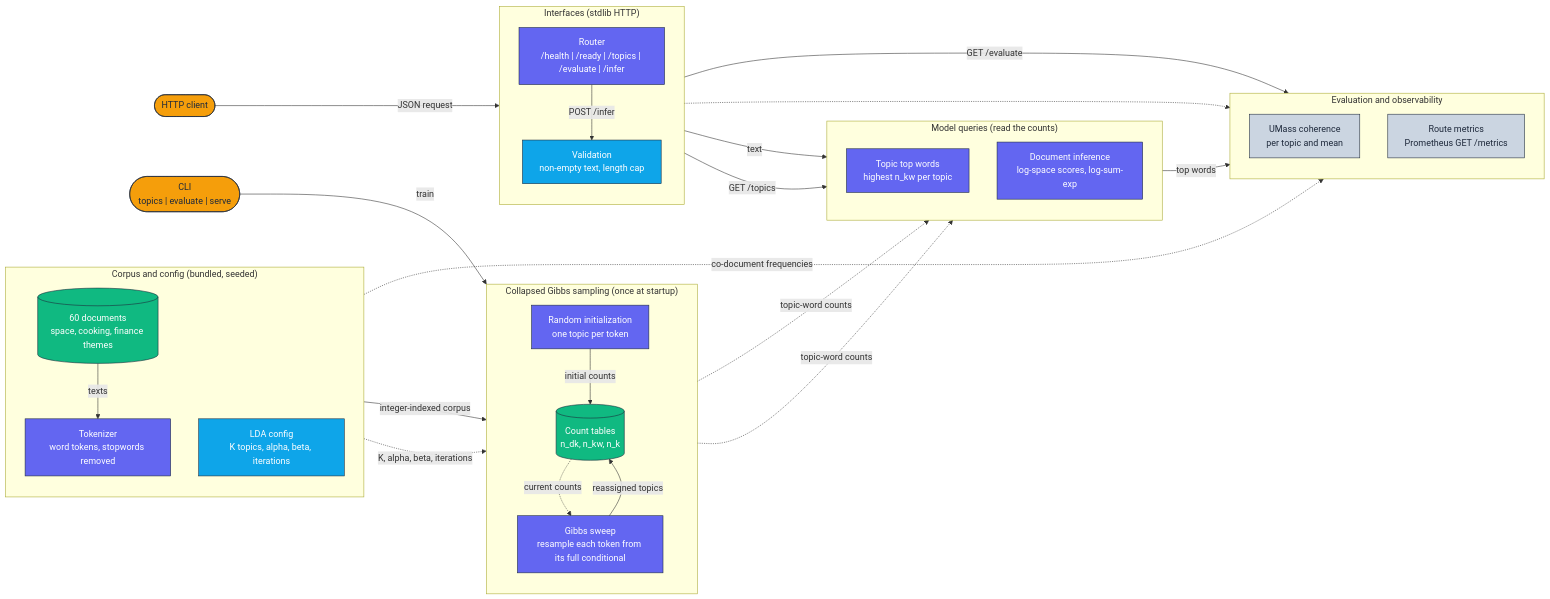
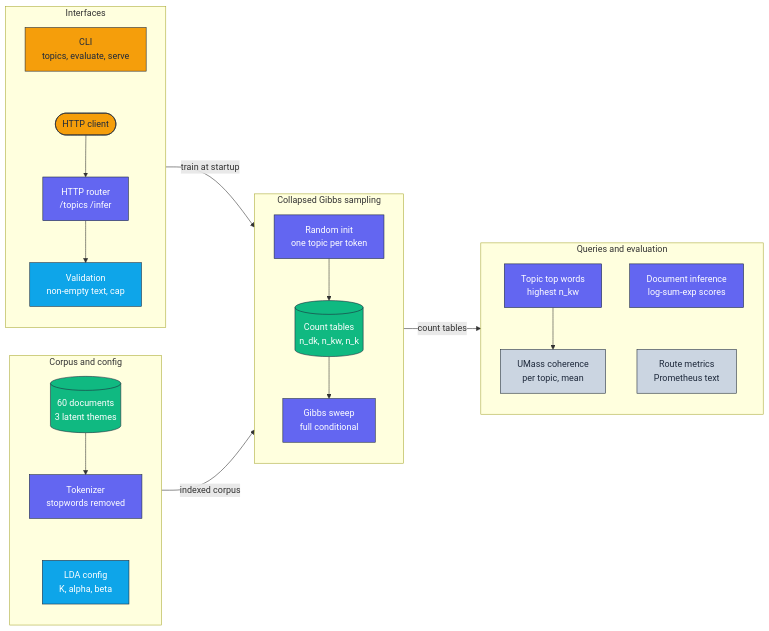
One commit to adeoluo/topic-model-lda changed the diagram in docs/architecture/architecture.mmd. Above: the diagram before and after it, drawn with Mermaid. The commit also changed 1 other file, not shown here.

Commit message:
docs: compact horizontal architecture diagram

```diff
--- a/docs/architecture/architecture.mmd
+++ b/docs/architecture/architecture.mmd
@@ -1,59 +1,45 @@
 flowchart LR
     classDef edge     fill:#F59E0B,stroke:#1E293B,color:#1E293B,stroke-width:1px;
     classDef core     fill:#6366F1,stroke:#1E293B,color:#ffffff,stroke-width:1px;
     classDef data     fill:#10B981,stroke:#1E293B,color:#ffffff,stroke-width:1px;
     classDef control  fill:#0EA5E9,stroke:#1E293B,color:#ffffff,stroke-width:1px;
     classDef obs      fill:#CBD5E1,stroke:#1E293B,color:#1E293B,stroke-width:1px;
 
-    CLI(["CLI<br/>topics | evaluate | serve"]):::edge
-    Client(["HTTP client"]):::edge
-
-    subgraph Data["Corpus and config (bundled, seeded)"]
+    subgraph Interfaces["Interfaces"]
         direction TB
-        Docs[("60 documents<br/>space, cooking, finance themes")]:::data
-        Tokenize["Tokenizer<br/>word tokens, stopwords removed"]:::core
-        Config["LDA config<br/>K topics, alpha, beta, iterations"]:::control
+        CLI["CLI<br/>topics, evaluate, serve"]:::edge
+        Client(["HTTP client"]):::edge
+        Router["HTTP router<br/>/topics /infer"]:::core
+        Validate["Validation<br/>non-empty text, cap"]:::control
+        CLI ~~~ Client --> Router --> Validate
     end
 
-    subgraph Train["Collapsed Gibbs sampling (once at startup)"]
+    subgraph Data["Corpus and config"]
         direction TB
-        Init["Random initialization<br/>one topic per token"]:::core
-        Counts[("Count tables<br/>n_dk, n_kw, n_k")]:::data
-        Gibbs["Gibbs sweep<br/>resample each token from its full conditional"]:::core
+        Docs[("60 documents<br/>3 latent themes")]:::data
+        Tokenize["Tokenizer<br/>stopwords removed"]:::core
+        Config["LDA config<br/>K, alpha, beta"]:::control
+        Docs --> Tokenize ~~~ Config
     end
 
-    subgraph Edge["Interfaces (stdlib HTTP)"]
+    subgraph Train["Collapsed Gibbs sampling"]
         direction TB
-        Router["Router<br/>/health | /ready | /topics | /evaluate | /infer"]:::core
-        Validate["Validation<br/>non-empty text, length cap"]:::control
+        Init["Random init<br/>one topic per token"]:::core
+        Counts[("Count tables<br/>n_dk, n_kw, n_k")]:::data
+        Gibbs["Gibbs sweep<br/>full conditional"]:::core
+        Init --> Counts --> Gibbs
     end
 
-    subgraph Query["Model queries (read the counts)"]
+    subgraph Obs["Queries and evaluation"]
         direction TB
-        Topics["Topic top words<br/>highest n_kw per topic"]:::core
-        Infer["Document inference<br/>log-space scores, log-sum-exp"]:::core
+        Topics["Topic top words<br/>highest n_kw"]:::core
+        Infer["Document inference<br/>log-sum-exp scores"]:::core
+        Coherence["UMass coherence<br/>per topic, mean"]:::obs
+        Metrics["Route metrics<br/>Prometheus text"]:::obs
+        Topics --> Coherence
+        Infer ~~~ Metrics
     end
 
-    subgraph Eval["Evaluation and observability"]
-        direction TB
-        Coherence["UMass coherence<br/>per topic and mean"]:::obs
-        Metrics["Route metrics<br/>Prometheus GET /metrics"]:::obs
-    end
-
-    CLI -->|train| Init
-    Docs -->|texts| Tokenize
-    Tokenize -->|integer-indexed corpus| Init
-    Config -.->|K, alpha, beta, iterations| Gibbs
-    Init -->|initial counts| Counts
-    Counts -.->|current counts| Gibbs
-    Gibbs -->|reassigned topics| Counts
-    Client -->|JSON request| Router
-    Router -->|POST /infer| Validate
-    Validate -->|text| Infer
-    Router -->|GET /topics| Topics
-    Counts -.->|topic-word counts| Topics
-    Counts -.->|topic-word counts| Infer
-    Router -->|GET /evaluate| Coherence
-    Topics -->|top words| Coherence
-    Tokenize -.->|co-document frequencies| Coherence
-    Router -.-> Metrics
+    Interfaces -->|train at startup| Train
+    Data -->|indexed corpus| Train
+    Train -->|count tables| Obs
```
